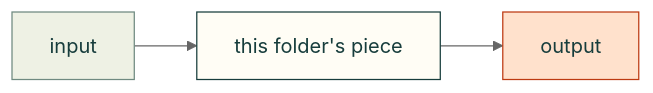
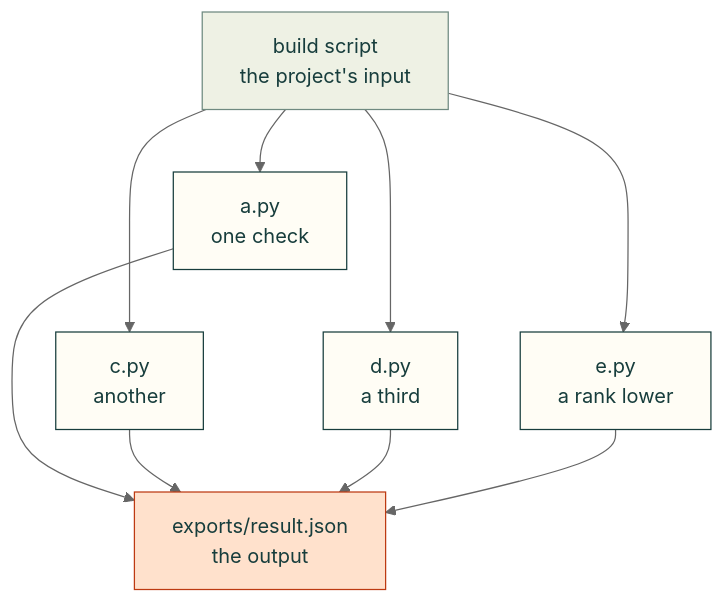
One commit to Valpatel/cad-agent changed the diagram in docs/style-guide.md. Above: the diagram before and after it, drawn with Mermaid (neutral theme). The commit also changed other lines of this file, not shown here.

First line of the commit message:
Style guide: top-down diagrams that fit the site's column

````diff
--- a/docs/style-guide.md
+++ b/docs/style-guide.md
@@ -39,10 +65,13 @@
 ```mermaid
-flowchart LR
-    I["input"] --> A["this folder's piece"] --> O["output"]
+flowchart TD
+    B["build script<br/>the project's input"] --> A["a.py<br/>one check"] & C["c.py<br/>another"] & D["d.py<br/>a third"]
+    A ~~~ E["e.py<br/>a rank lower"]
+    B --> E
+    A & C & D & E --> O["exports/result.json<br/>the output"]
     classDef here fill:#fffdf5,stroke:#173d3c,color:#173d3c
     classDef near fill:#eef1e4,stroke:#6f8a80,color:#173d3c
     classDef out fill:#ffe1cc,stroke:#bd3a12,color:#173d3c
-    class A here
-    class I near
+    class A,C,D,E here
+    class B near
     class O out
 ```
````
